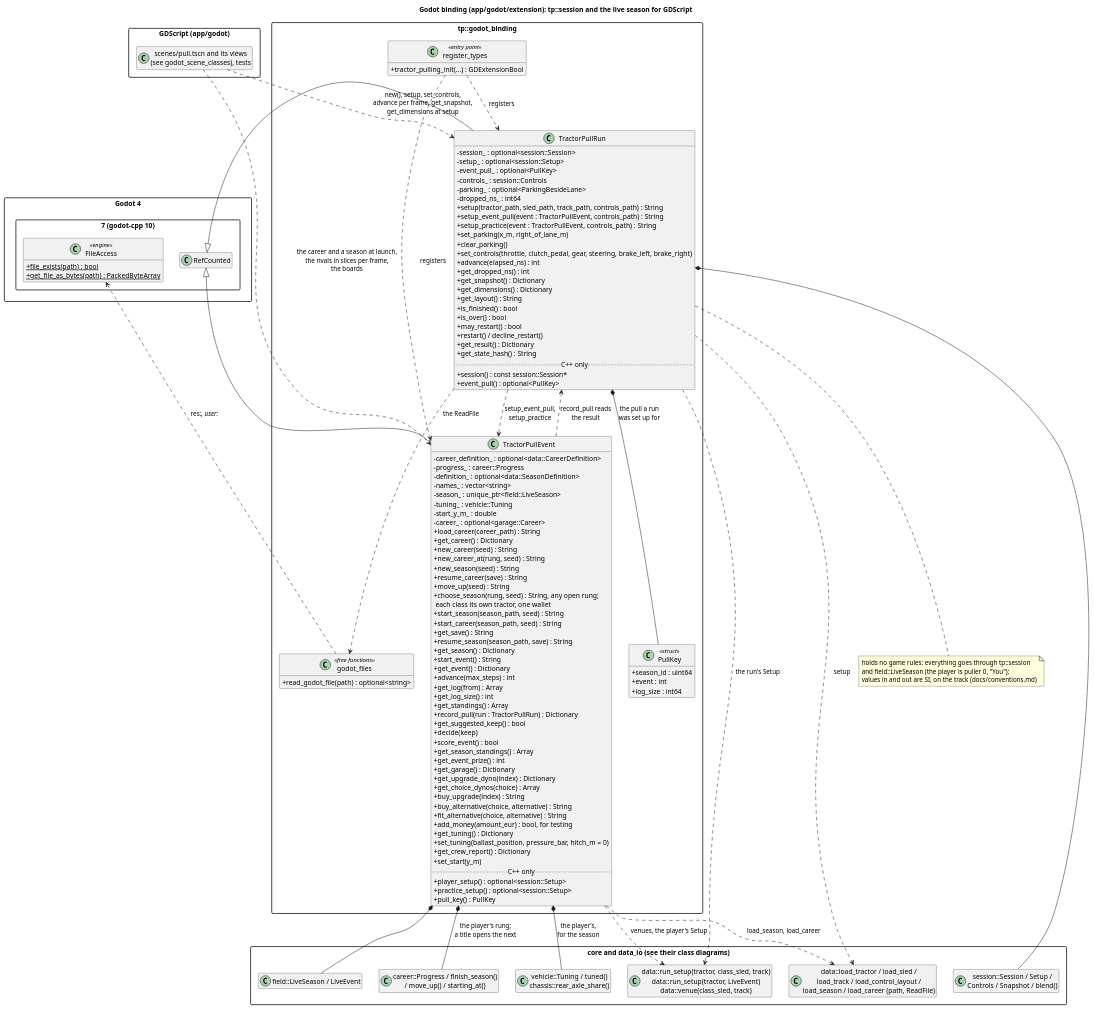
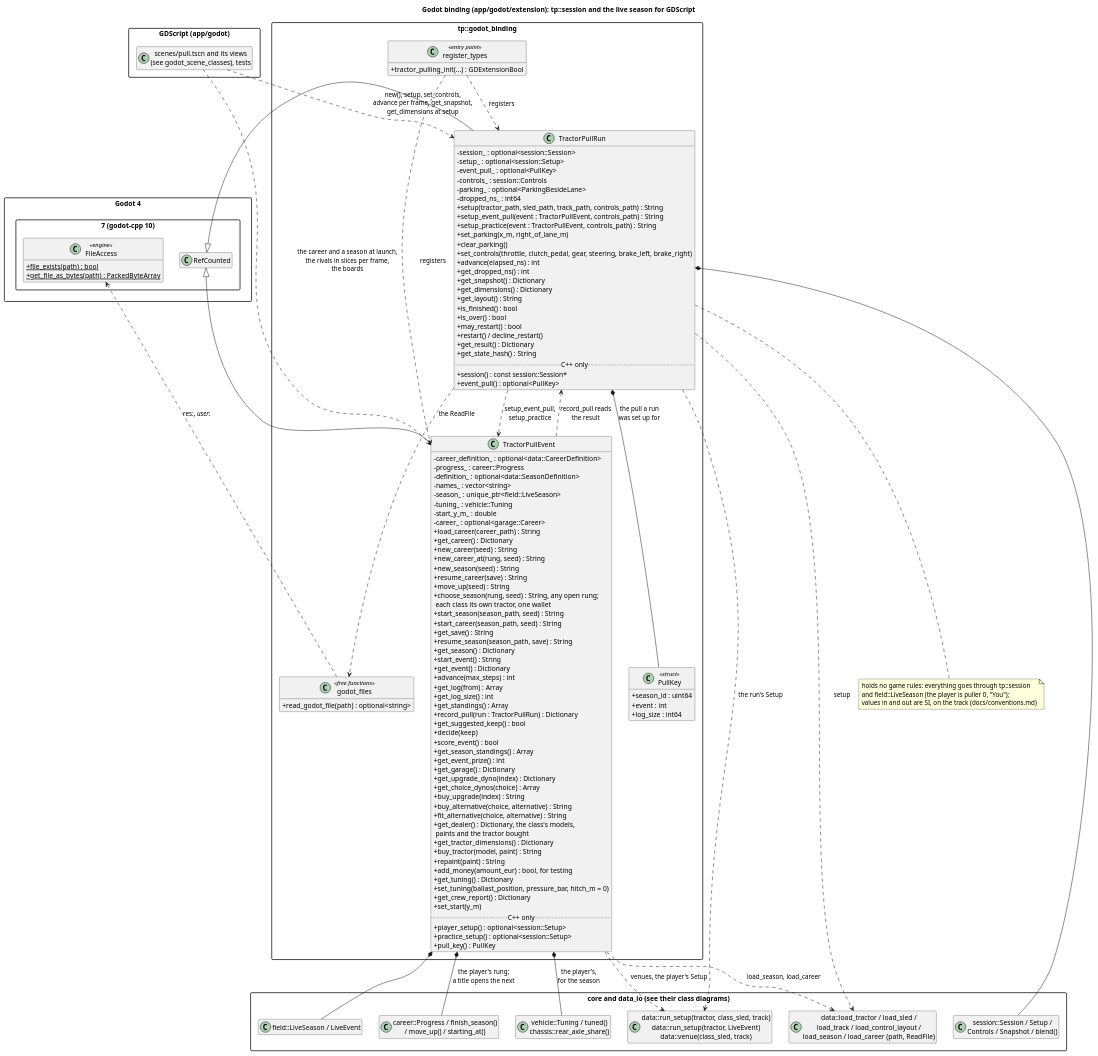
Before and after one commit to wversteeg/TractorPulling: the diagram in docs/diagrams/godot_classes.puml, drawn with PlantUML. The commit also changed 46 other files, not shown here.

First line of the commit message:
WIP: tractor dealer per class, models, paint shop

```diff
--- a/docs/diagrams/godot_classes.puml
+++ b/docs/diagrams/godot_classes.puml
@@ -1,144 +1,148 @@
 @startuml godot_classes
 title Godot binding (app/godot/extension): tp::session and the live season for GDScript
 hide empty members
 skinparam packageStyle rectangle
 skinparam classAttributeIconSize 0
 
 package "Godot 4.7 (godot-cpp 10)" {
   class RefCounted
   class FileAccess <<engine>> {
     +{static} file_exists(path) : bool
     +{static} get_file_as_bytes(path) : PackedByteArray
   }
 }
 
 package "tp::godot_binding" {
   class TractorPullRun {
     -session_ : optional<session::Session>
     -setup_ : optional<session::Setup>
     -event_pull_ : optional<PullKey>
     -controls_ : session::Controls
     -parking_ : optional<ParkingBesideLane>
     -dropped_ns_ : int64
     +setup(tractor_path, sled_path, track_path, controls_path) : String
     +setup_event_pull(event : TractorPullEvent, controls_path) : String
     +setup_practice(event : TractorPullEvent, controls_path) : String
     +set_parking(x_m, right_of_lane_m)
     +clear_parking()
     +set_controls(throttle, clutch_pedal, gear, steering, brake_left, brake_right)
     +advance(elapsed_ns) : int
     +get_dropped_ns() : int
     +get_snapshot() : Dictionary
     +get_dimensions() : Dictionary
     +get_layout() : String
     +is_finished() : bool
     +is_over() : bool
     +may_restart() : bool
     +restart() / decline_restart()
     +get_result() : Dictionary
     +get_state_hash() : String
     ..C++ only..
     +session() : const session::Session*
     +event_pull() : optional<PullKey>
   }
   class TractorPullEvent {
     -career_definition_ : optional<data::CareerDefinition>
     -progress_ : career::Progress
     -definition_ : optional<data::SeasonDefinition>
     -names_ : vector<string>
     -season_ : unique_ptr<field::LiveSeason>
     -tuning_ : vehicle::Tuning
     -start_y_m_ : double
     -career_ : optional<garage::Career>
     +load_career(career_path) : String
     +get_career() : Dictionary
     +new_career(seed) : String
     +new_career_at(rung, seed) : String
     +new_season(seed) : String
     +resume_career(save) : String
     +move_up(seed) : String
     +choose_season(rung, seed) : String, any open rung;\n each class its own tractor, one wallet
     +start_season(season_path, seed) : String
     +start_career(season_path, seed) : String
     +get_save() : String
     +resume_season(season_path, save) : String
     +get_season() : Dictionary
     +start_event() : String
     +get_event() : Dictionary
     +advance(max_steps) : int
     +get_log(from) : Array
     +get_log_size() : int
     +get_standings() : Array
     +record_pull(run : TractorPullRun) : Dictionary
     +get_suggested_keep() : bool
     +decide(keep)
     +score_event() : bool
     +get_season_standings() : Array
     +get_event_prize() : int
     +get_garage() : Dictionary
     +get_upgrade_dyno(index) : Dictionary
     +get_choice_dynos(choice) : Array
     +buy_upgrade(index) : String
     +buy_alternative(choice, alternative) : String
     +fit_alternative(choice, alternative) : String
+    +get_dealer() : Dictionary, the class's models,\n paints and the tractor bought
+    +get_tractor_dimensions() : Dictionary
+    +buy_tractor(model, paint) : String
+    +repaint(paint) : String
     +add_money(amount_eur) : bool, for testing
     +get_tuning() : Dictionary
     +set_tuning(ballast_position, pressure_bar, hitch_m = 0)
     +get_crew_report() : Dictionary
     +set_start(y_m)
     ..C++ only..
     +player_setup() : optional<session::Setup>
     +practice_setup() : optional<session::Setup>
     +pull_key() : PullKey
   }
   class PullKey <<struct>> {
     +season_id : uint64
     +event : int
     +log_size : int64
   }
   TractorPullRun *-- PullKey : the pull a run\nwas set up for
   class "godot_files" as Files <<free functions>> {
     +read_godot_file(path) : optional<string>
   }
   class "register_types" as Register <<entry point>> {
     +tractor_pulling_init(...) : GDExtensionBool
   }
 }
 
 package "core and data_io (see their class diagrams)" {
   class "session::Session / Setup /\nControls / Snapshot / blend()" as Session
   class "data::load_tractor / load_sled /\nload_track / load_control_layout /\nload_season / load_career (path, ReadFile)" as Loaders
   class "data::run_setup(tractor, class_sled, track)\ndata::run_setup(tractor, LiveEvent)\ndata::venue(class_sled, track)" as RunSetup
   class "field::LiveSeason / LiveEvent" as Live
   class "career::Progress / finish_season()\n/ move_up() / starting_at()" as Career
   class "vehicle::Tuning / tuned()\nchassis::rear_axle_share()" as Tuning
 }
 
 package "GDScript (app/godot)" {
   class "scenes/pull.tscn and its views\n(see godot_scene_classes), tests" as Scripts
 }
 
 RefCounted <|-- TractorPullRun
 RefCounted <|-- TractorPullEvent
 Register ..> TractorPullRun : registers
 Register ..> TractorPullEvent : registers
 TractorPullEvent *-- Live
 TractorPullEvent *-- Tuning : the player's,\nfor the season
 TractorPullEvent ..> Loaders : load_season, load_career
 TractorPullEvent *-- Career : the player's rung;\na title opens the next
 TractorPullEvent ..> RunSetup : venues, the player's Setup
 TractorPullRun ..> TractorPullEvent : setup_event_pull,\nsetup_practice
 TractorPullEvent ..> TractorPullRun : record_pull reads\nthe result
 TractorPullRun *-- Session
 TractorPullRun ..> Loaders : setup
 TractorPullRun ..> RunSetup : the run's Setup
 TractorPullRun ..> Files : the ReadFile
 Files ..> FileAccess : res://, user://
 Scripts ..> TractorPullRun : new(), setup, set_controls,\nadvance per frame, get_snapshot,\nget_dimensions at setup
 Scripts ..> TractorPullEvent : the career and a season at launch,\nthe rivals in slices per frame,\nthe boards
 note bottom of TractorPullRun
   holds no game rules: everything goes through tp::session
   and field::LiveSeason (the player is puller 0, "You");
   values in and out are SI, on the track (docs/conventions.md)
 end note
 @enduml
```
